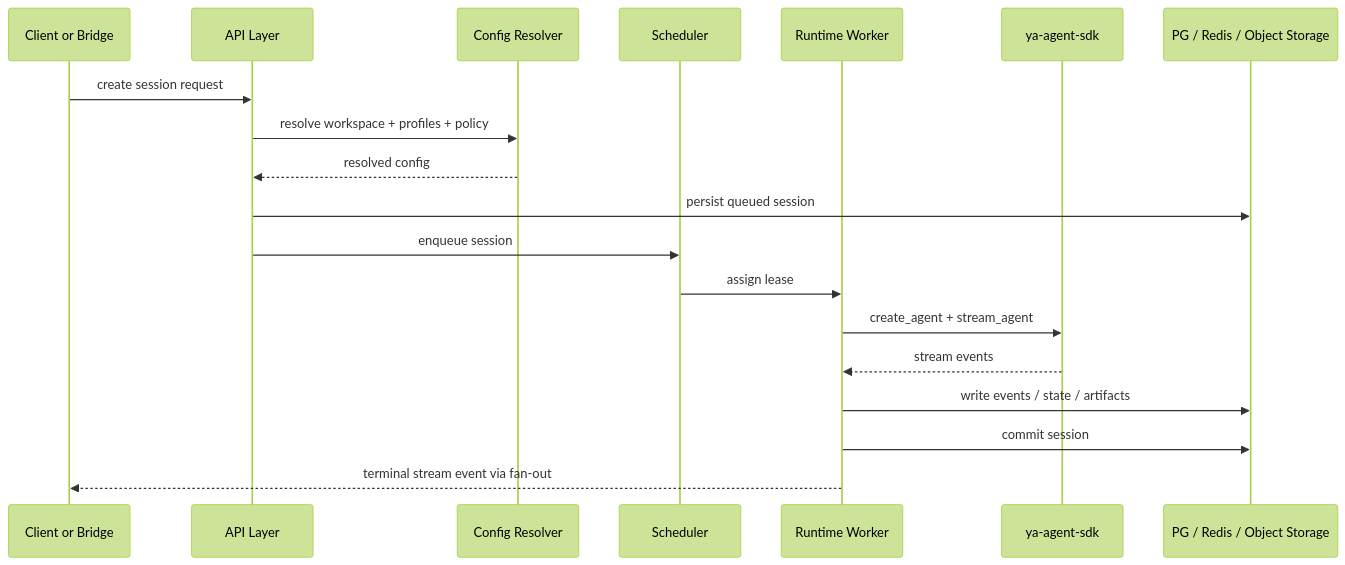
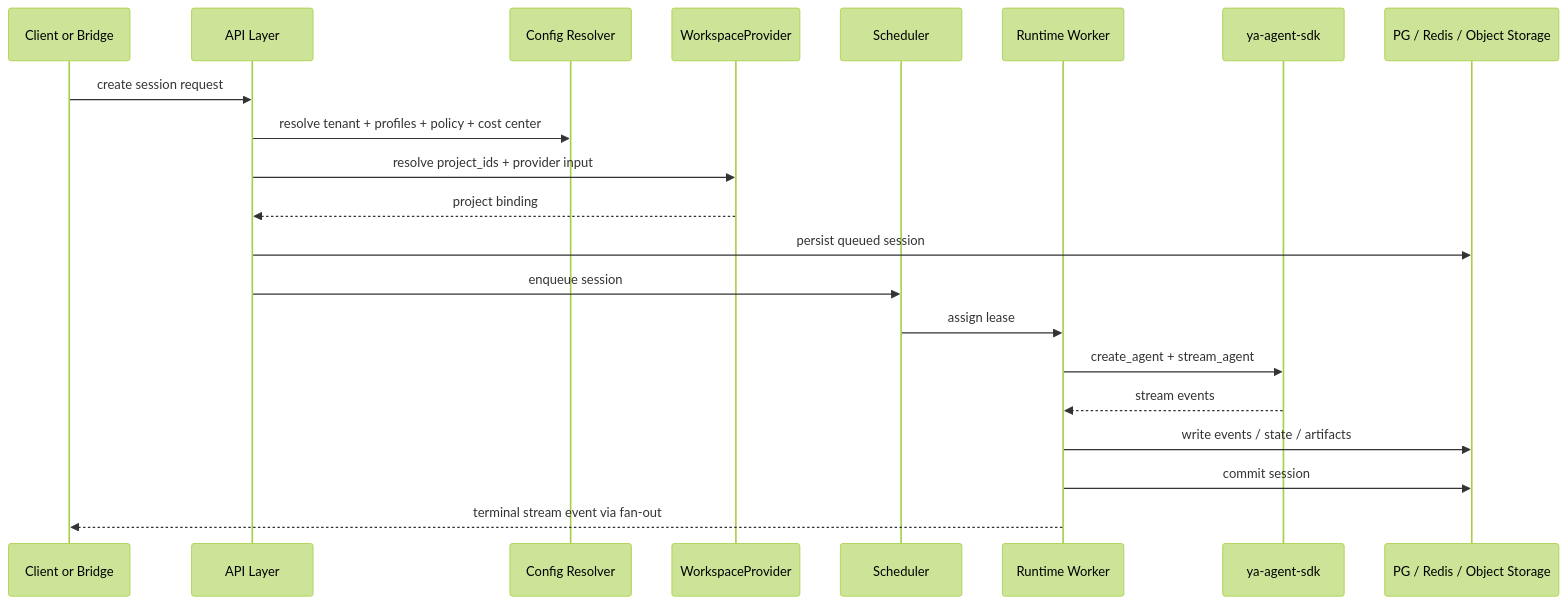
The third of 3 diagrams in packages/ya-agent-platform/spec/005-session-and-execution-model.md (Wh1isper/ya-mono), drawn with Mermaid (forest theme) before and after one commit. The commit also changed other lines of this file and 24 other files, not shown here.

````diff
--- a/packages/ya-agent-platform/spec/005-session-and-execution-model.md
+++ b/packages/ya-agent-platform/spec/005-session-and-execution-model.md
@@ -103,22 +110,24 @@
 ```mermaid
 sequenceDiagram
     participant Client as Client or Bridge
     participant API as API Layer
     participant Resolver as Config Resolver
+    participant Provider as WorkspaceProvider
     participant Scheduler as Scheduler
     participant Worker as Runtime Worker
     participant SDK as ya-agent-sdk
     participant Store as PG / Redis / Object Storage
 
     Client->>API: create session request
-    API->>Resolver: resolve workspace + profiles + policy
-    Resolver-->>API: resolved config
+    API->>Resolver: resolve tenant + profiles + policy + cost center
+    API->>Provider: resolve project_ids + provider input
+    Provider-->>API: project binding
     API->>Store: persist queued session
     API->>Scheduler: enqueue session
     Scheduler->>Worker: assign lease
     Worker->>SDK: create_agent + stream_agent
     SDK-->>Worker: stream events
     Worker->>Store: write events / state / artifacts
     Worker->>Store: commit session
     Worker-->>Client: terminal stream event via fan-out
 ```
````
